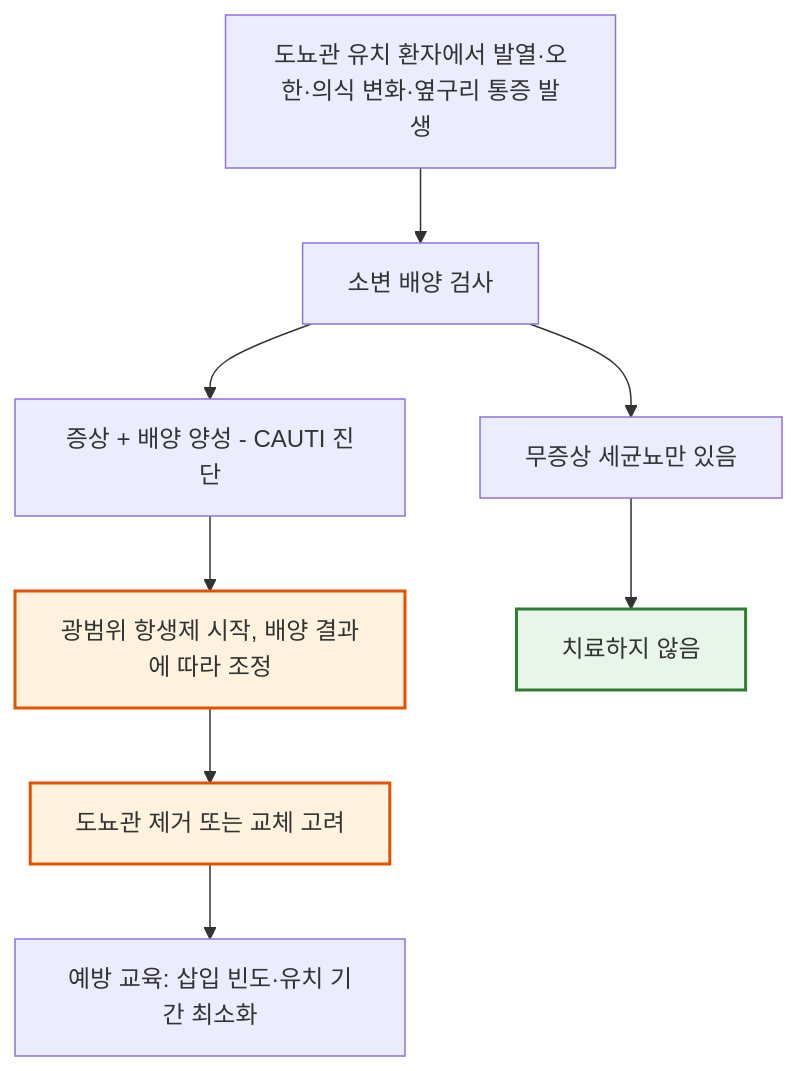
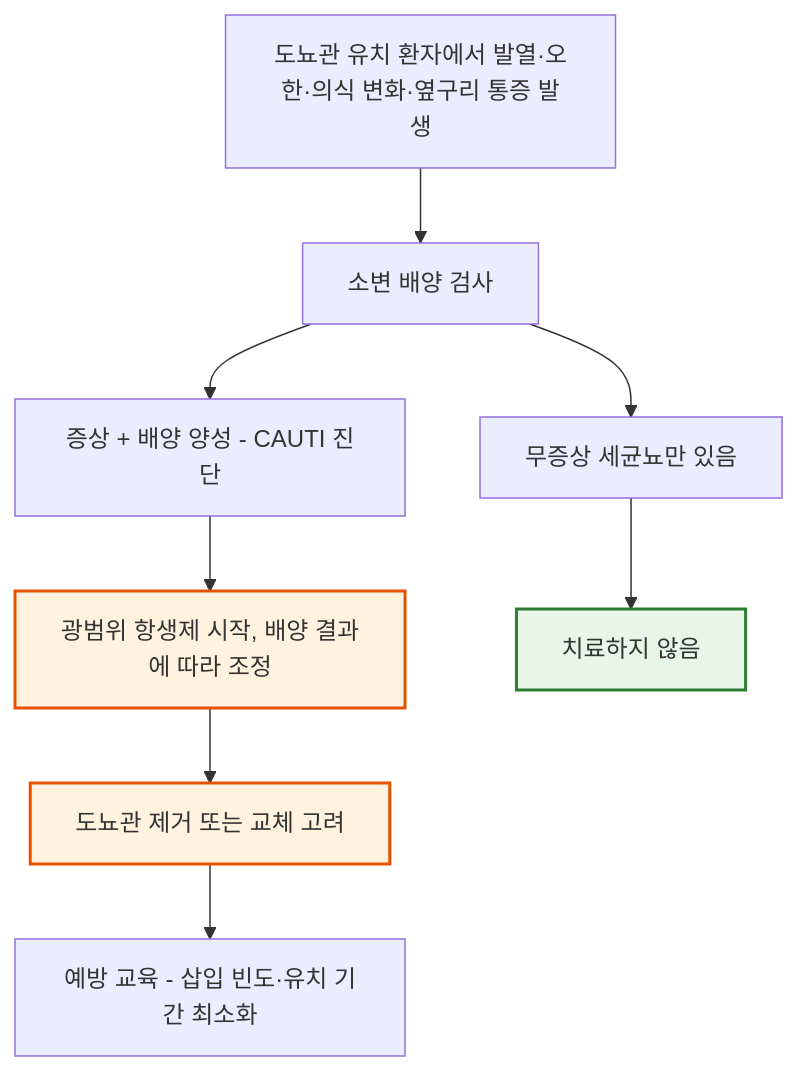
One commit to familyoh77/familyoh77 changed the third of 5 diagrams in 227_/113_-urinary-tract-infection.md. Above: the diagram before and after it, drawn with Mermaid. The commit also changed other lines of this file, not shown here.

````diff
--- a/227_/113_-urinary-tract-infection.md
+++ b/227_/113_-urinary-tract-infection.md
@@ -232,14 +232,14 @@
 ```mermaid
 graph TD
-    A[도뇨관 유치 환자에서 발열·오한·의식 변화·옆구리 통증 발생] --> B[소변 배양 검사]
-    B --> C[증상 + 배양 양성 - CAUTI 진단]
-    B --> G[무증상 세균뇨만 있음]
-    C --> D[광범위 항생제 시작, 배양 결과에 따라 조정]
-    D --> E[도뇨관 제거 또는 교체 고려]
-    E --> F[예방 교육: 삽입 빈도·유치 기간 최소화]
-    G --> H[치료하지 않음]
+    A["도뇨관 유치 환자에서 발열·오한·의식 변화·옆구리 통증 발생"] --> B["소변 배양 검사"]
+    B --> C["증상 + 배양 양성 - CAUTI 진단"]
+    B --> G["무증상 세균뇨만 있음"]
+    C --> D["광범위 항생제 시작, 배양 결과에 따라 조정"]
+    D --> E["도뇨관 제거 또는 교체 고려"]
+    E --> F["예방 교육 - 삽입 빈도·유치 기간 최소화"]
+    G --> H["치료하지 않음"]
 
     style D fill:#fff3e0,stroke:#e65100,stroke-width:2px
     style E fill:#fff3e0,stroke:#e65100,stroke-width:2px
     style H fill:#e8f5e9,stroke:#2e7d32,stroke-width:2px
 ```
````
